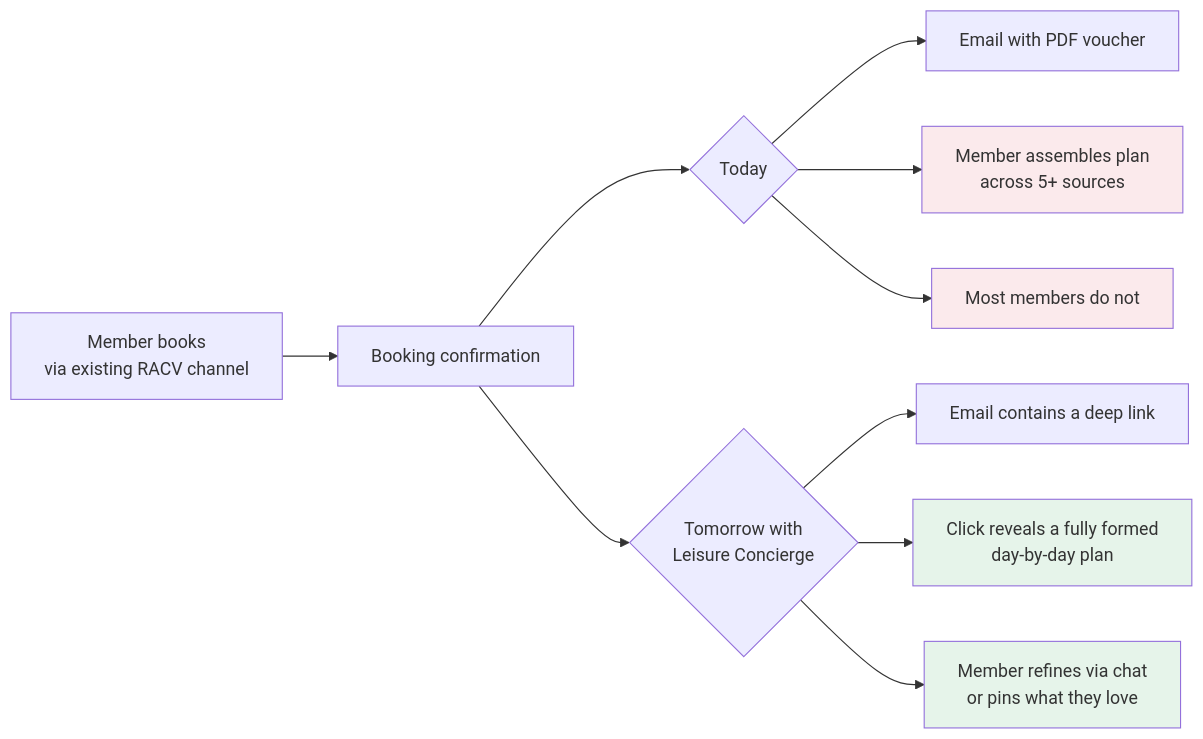
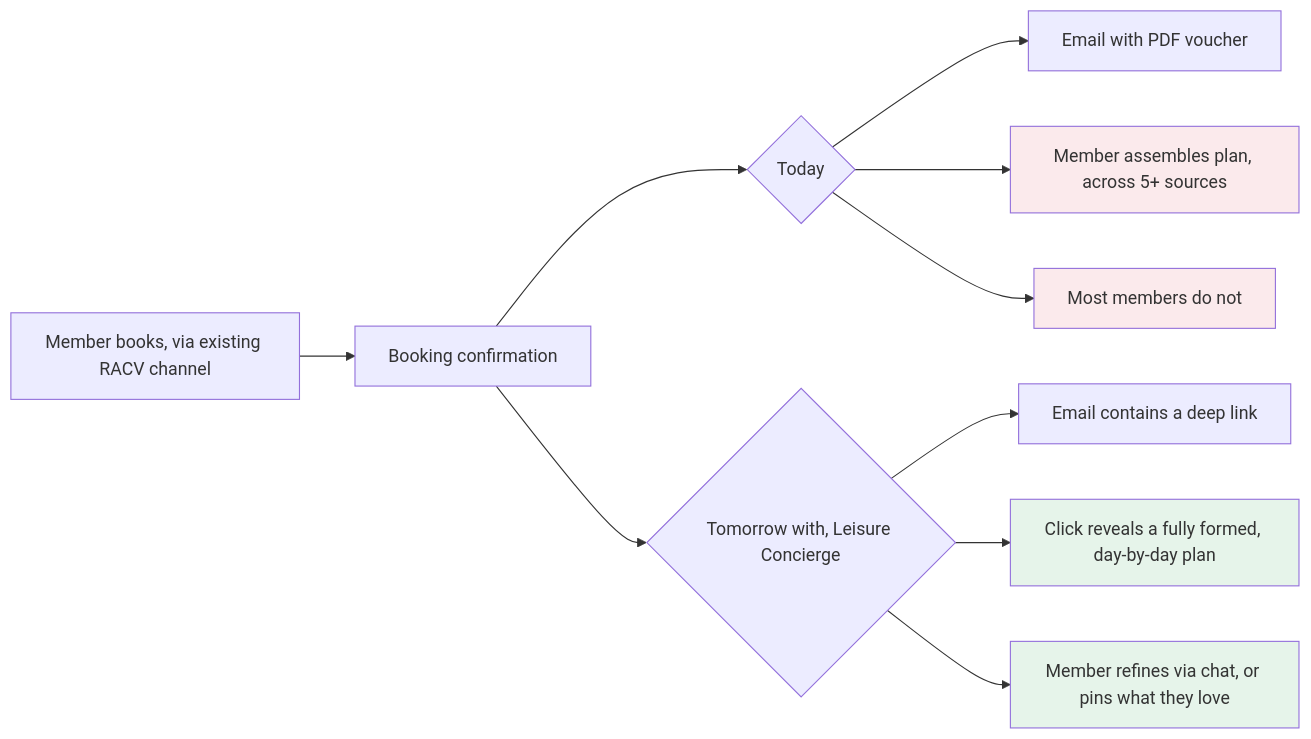
The first of 9 diagrams in docs/PoC-Overview-for-Confluence.md (samhud1999/leisure-concierge), drawn with Mermaid before and after one commit. The commit also changed other lines of this file and 1 other file, not shown here.

First line of the commit message:
docs: HTML build of the Confluence overview + diagram source tweaks

````diff
--- a/docs/PoC-Overview-for-Confluence.md
+++ b/docs/PoC-Overview-for-Confluence.md
@@ -69,16 +69,16 @@
 ```mermaid
 flowchart LR
-  A[Member books<br/>via existing RACV channel] --> B[Booking confirmation]
+  A[Member books, via existing RACV channel] --> B[Booking confirmation]
   B --> C{Today}
-  B --> D{Tomorrow with<br/>Leisure Concierge}
+  B --> D{Tomorrow with, Leisure Concierge}
   C --> C1[Email with PDF voucher]
-  C --> C2[Member assembles plan<br/>across 5+ sources]
+  C --> C2[Member assembles plan, across 5+ sources]
   C --> C3[Most members do not]
   D --> D1[Email contains a deep link]
-  D --> D2[Click reveals a fully formed<br/>day-by-day plan]
-  D --> D3[Member refines via chat<br/>or pins what they love]
+  D --> D2[Click reveals a fully formed, day-by-day plan]
+  D --> D3[Member refines via chat, or pins what they love]
   style C2 fill:#FBEAEC
   style C3 fill:#FBEAEC
   style D2 fill:#E6F4EA
   style D3 fill:#E6F4EA
 ```
````
